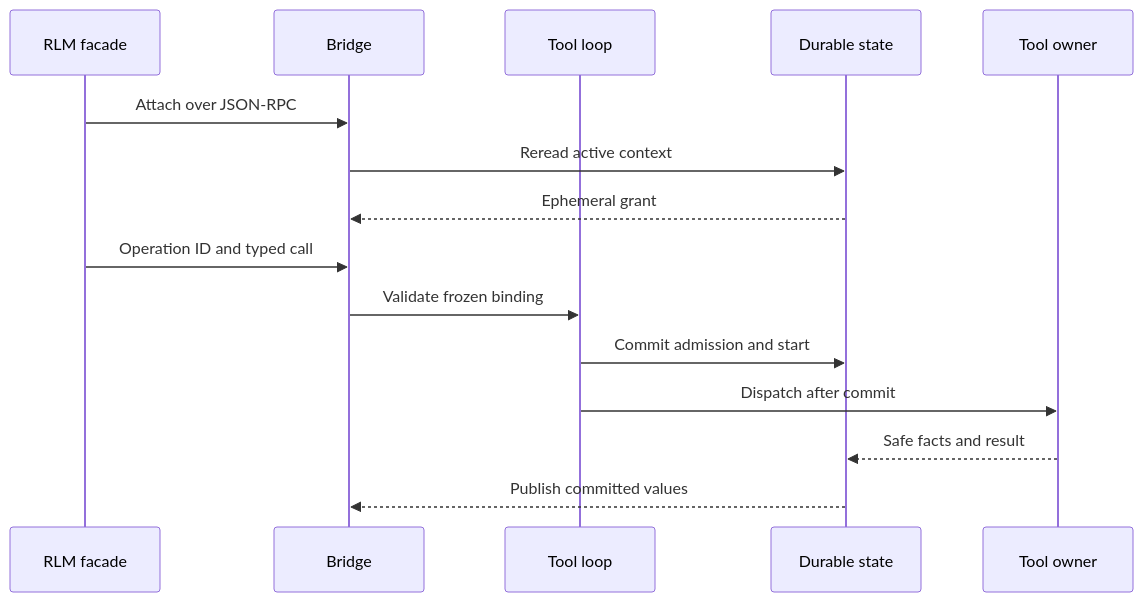
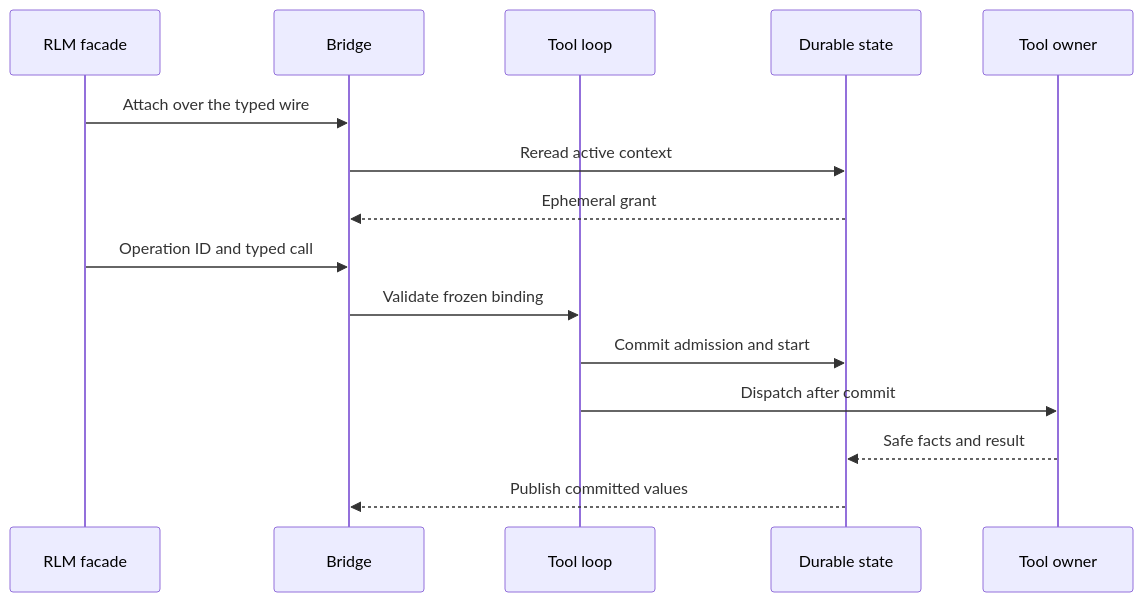
Before and after one commit to y0tsy/intention-relay: the diagram in docs/intention-relay/architecture/19-gateway-rlm-bridge.md, drawn with Mermaid. The commit also changed other lines of this file and 13 other files, not shown here.

First line of the commit message:
docs: carry the typed wire and the collapsed seams through the architecture set

````diff
--- a/docs/intention-relay/architecture/19-gateway-rlm-bridge.md
+++ b/docs/intention-relay/architecture/19-gateway-rlm-bridge.md
@@ -113,18 +113,18 @@
 ```mermaid
 sequenceDiagram
   participant F as RLM facade
   participant B as Bridge
   participant L as Tool loop
   participant D as Durable state
   participant T as Tool owner
 
-  F->>B: Attach over JSON-RPC
+  F->>B: Attach over the typed wire
   B->>D: Reread active context
   D-->>B: Ephemeral grant
   F->>B: Operation ID and typed call
   B->>L: Validate frozen binding
   L->>D: Commit admission and start
   L->>T: Dispatch after commit
   T-->>D: Safe facts and result
   D-->>B: Publish committed values
 ```
````
